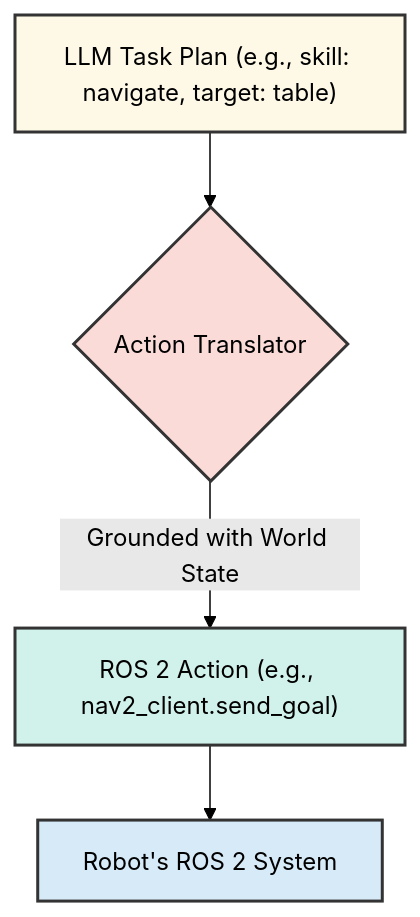
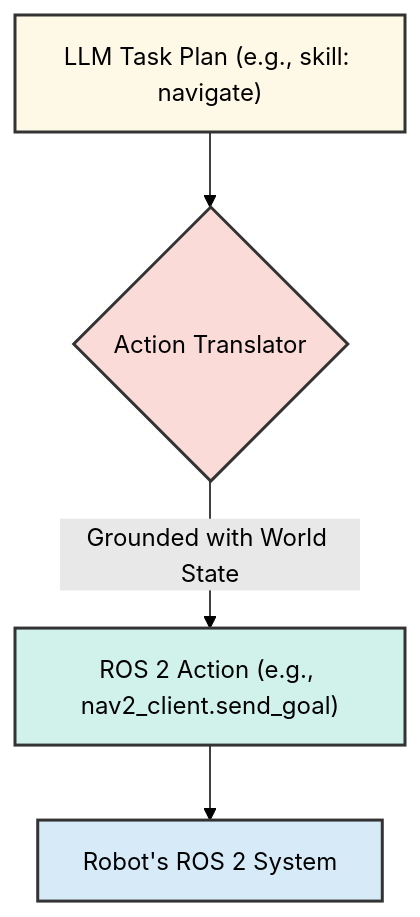
One commit to Ali-Zaid7/Physical-AI-and-Humanoid-Robotics-book changed the diagram in docusaurus/docs/003-vision-language-action/03-cognitive-planning.md. Above: the diagram before and after it, drawn with Mermaid (forest theme). The commit also changed 2 other files, not shown here.

````diff
--- a/docusaurus/docs/003-vision-language-action/03-cognitive-planning.md
+++ b/docusaurus/docs/003-vision-language-action/03-cognitive-planning.md
@@ -55,11 +55,11 @@
 ```mermaid
 graph TD
-    A["LLM Task Plan (e.g., skill: navigate, target: table)"] --> B{Action Translator};
+    A["LLM Task Plan (e.g., skill: navigate)"] --> B{"Action Translator"};
     B -- "Grounded with World State" --> C["ROS 2 Action (e.g., nav2_client.send_goal)"];
-    C --> D[Robot's ROS 2 System];
+    C --> D["Robot's ROS 2 System"];
 
     style A fill:#FEF9E7,stroke:#333,stroke-width:2px
     style B fill:#FADBD8,stroke:#333,stroke-width:2px
     style C fill:#D1F2EB,stroke:#333,stroke-width:2px
     style D fill:#D6EAF8,stroke:#333,stroke-width:2px
 ```
````
